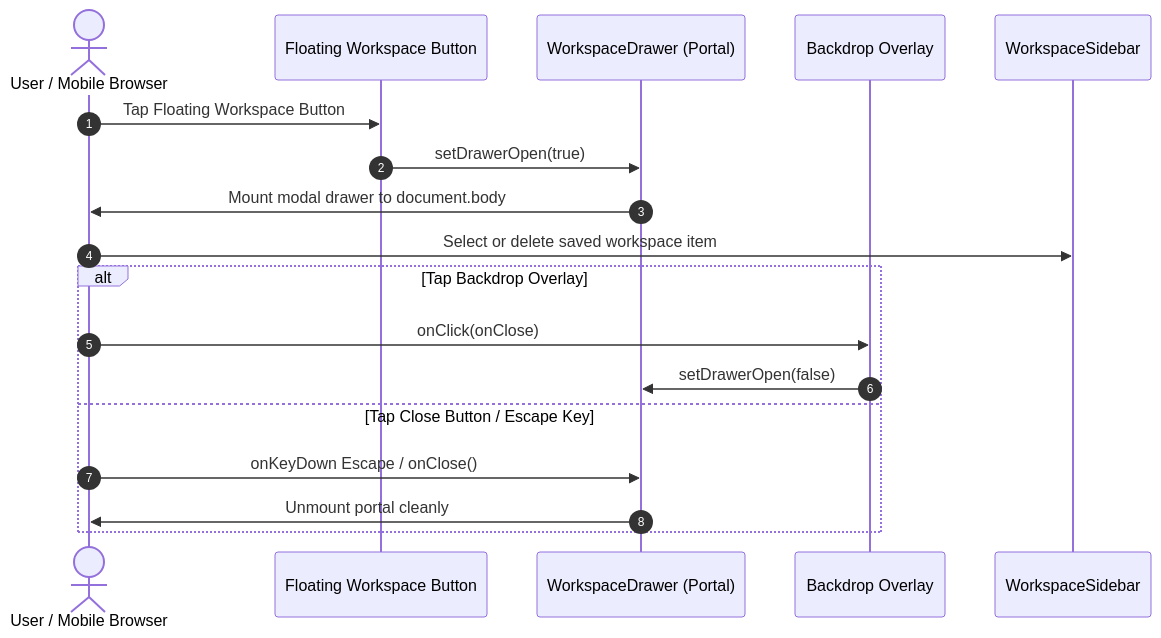
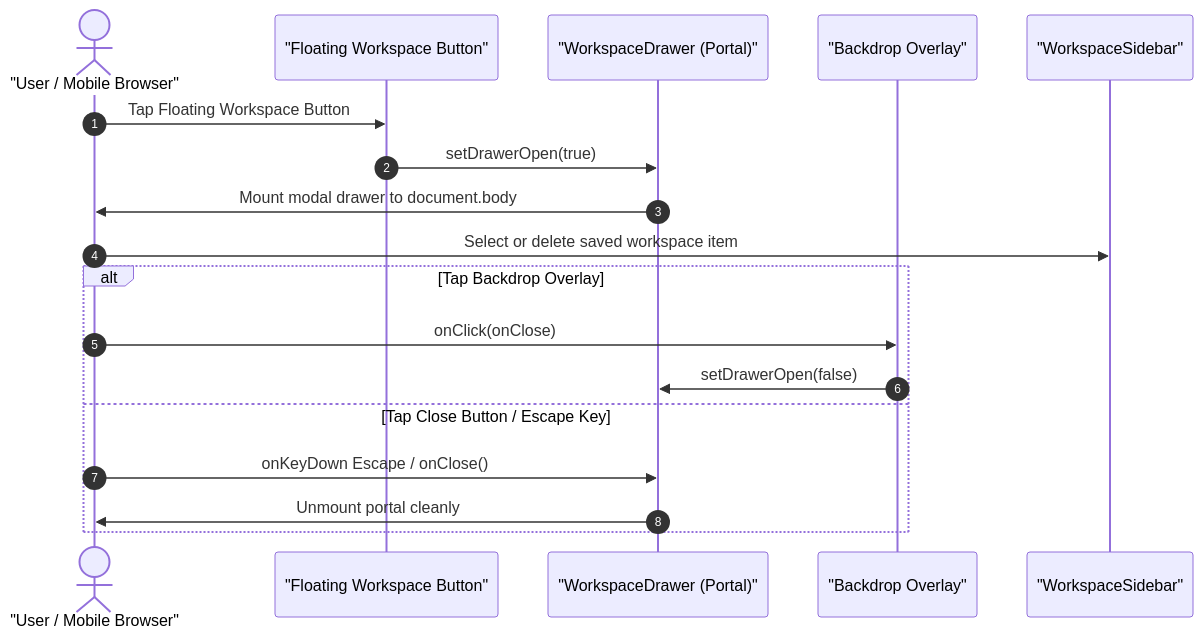
One commit to mvirtai/clible-v3-go changed the first of 3 diagrams in pr_stories/091-feat-mobile-first-responsive-ux.md. Above: the diagram before and after it, drawn with Mermaid. The commit also changed other lines of this file, not shown here.

````diff
--- a/pr_stories/091-feat-mobile-first-responsive-ux.md
+++ b/pr_stories/091-feat-mobile-first-responsive-ux.md
@@ -24,21 +25,21 @@
 ```mermaid
 sequenceDiagram
     autonumber
-    actor User as User / Mobile Browser
-    participant FAB as Floating Workspace Button
-    participant Drawer as WorkspaceDrawer (Portal)
-    participant Overlay as Backdrop Overlay
-    participant WS as WorkspaceSidebar
+    actor User as "User / Mobile Browser"
+    participant FAB as "Floating Workspace Button"
+    participant Drawer as "WorkspaceDrawer (Portal)"
+    participant Overlay as "Backdrop Overlay"
+    participant WS as "WorkspaceSidebar"
 
     User->>FAB: Tap Floating Workspace Button
     FAB->>Drawer: setDrawerOpen(true)
     Drawer->>User: Mount modal drawer to document.body
     User->>WS: Select or delete saved workspace item
     alt Tap Backdrop Overlay
         User->>Overlay: onClick(onClose)
         Overlay->>Drawer: setDrawerOpen(false)
     else Tap Close Button / Escape Key
         User->>Drawer: onKeyDown Escape / onClose()
         Drawer->>User: Unmount portal cleanly
     end
 ```
````
